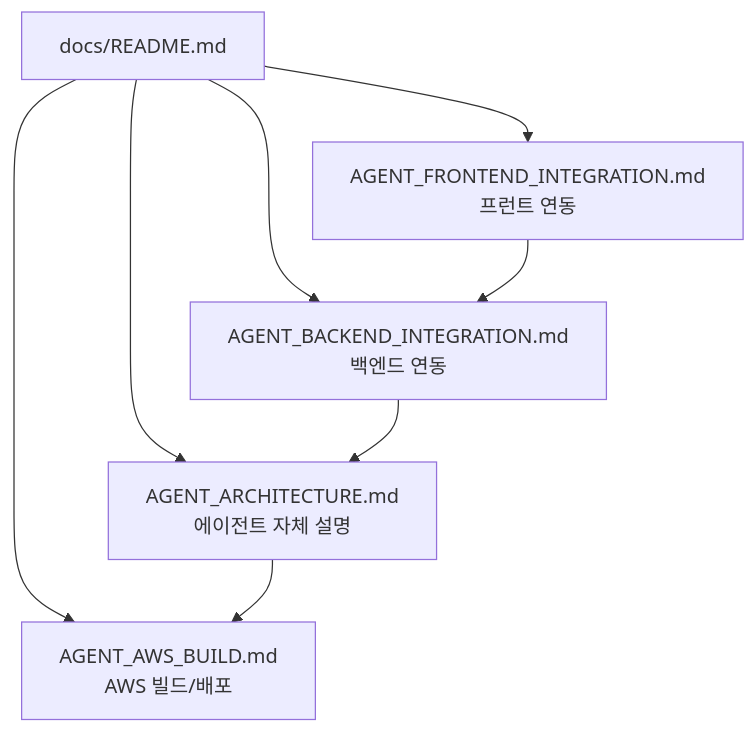
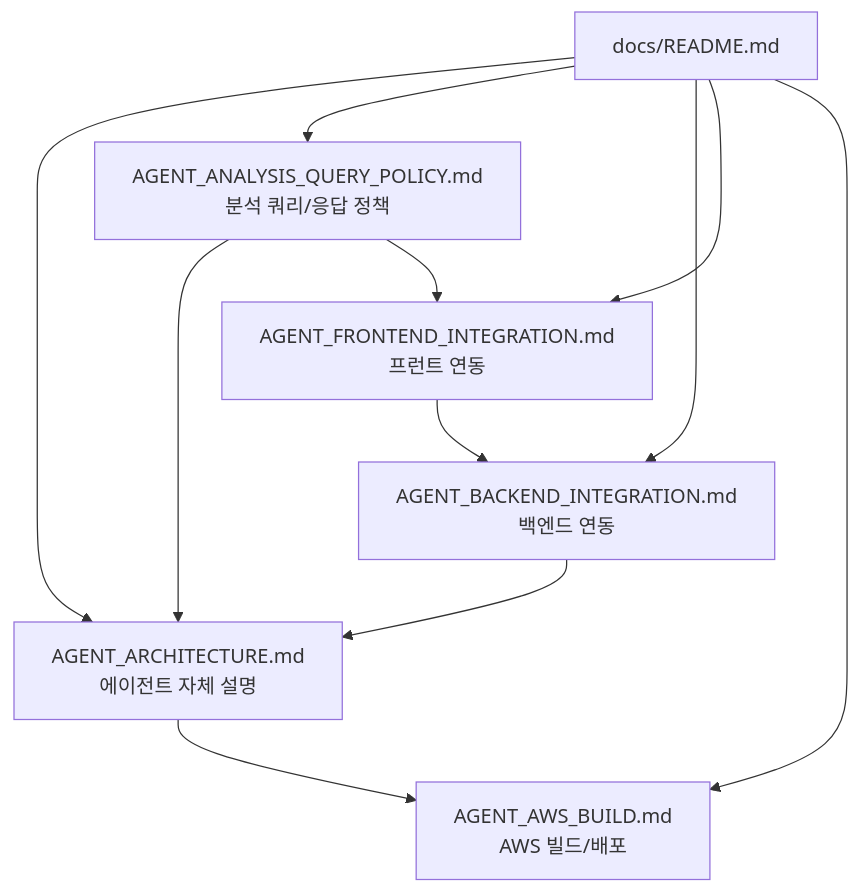
Before and after one commit to seunglee10/GOPS-BE: the diagram in docs/README.md, drawn with Mermaid. The commit also changed other lines of this file and 9 other files, not shown here.

Commit message:
Improve agent analysis query responses

````diff
--- a/docs/README.md
+++ b/docs/README.md
@@ -6,16 +6,20 @@
 ```mermaid
 flowchart TD
   README["docs/README.md"]
   ARCH["AGENT_ARCHITECTURE.md<br/>에이전트 자체 설명"]
+  POLICY["AGENT_ANALYSIS_QUERY_POLICY.md<br/>분석 쿼리/응답 정책"]
   BE["AGENT_BACKEND_INTEGRATION.md<br/>백엔드 연동"]
   FE["AGENT_FRONTEND_INTEGRATION.md<br/>프런트 연동"]
   AWS["AGENT_AWS_BUILD.md<br/>AWS 빌드/배포"]
 
   README --> ARCH
+  README --> POLICY
   README --> BE
   README --> FE
   README --> AWS
+  POLICY --> ARCH
+  POLICY --> FE
   FE --> BE
   BE --> ARCH
   ARCH --> AWS
 ```
````
